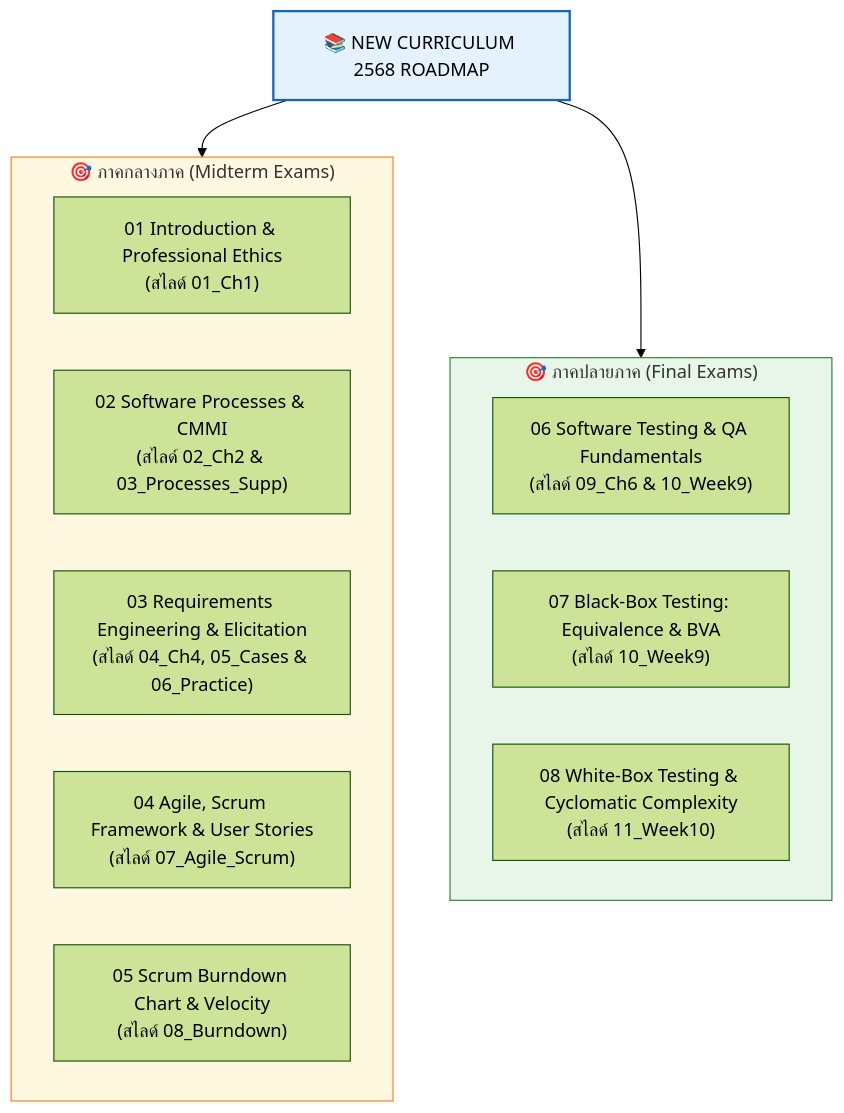
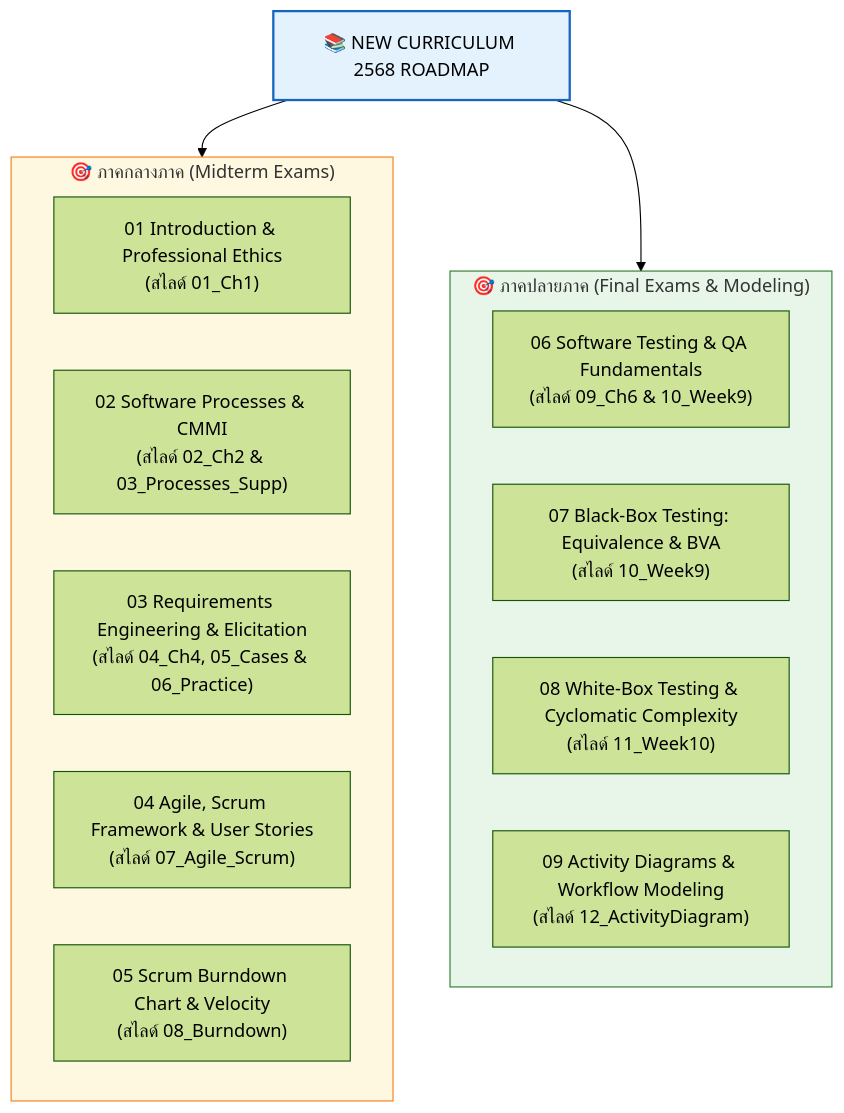
One commit to kanomoo/software-engineering changed the first of 7 diagrams in Wiki/01_New_Wiki_68/00_New_Curriculum_68_Master_Wiki.md. Above: the diagram before and after it, drawn with Mermaid (forest theme). The commit also changed other lines of this file and 21 other files, not shown here.

Commit message:
docs: add Activity Diagrams and Lab Equipment Borrowing case study, solutions, and wiki updates

````diff
--- a/Wiki/01_New_Wiki_68/00_New_Curriculum_68_Master_Wiki.md
+++ b/Wiki/01_New_Wiki_68/00_New_Curriculum_68_Master_Wiki.md
@@ -23,25 +23,26 @@
 ```mermaid
 flowchart TD
     ROOT["📚 NEW CURRICULUM 2568 ROADMAP"]
 
     subgraph MIDTERM ["🎯 ภาคกลางภาค (Midterm Exams)"]
         M1["01 Introduction & Professional Ethics<br/>(สไลด์ 01_Ch1)"]
         M2["02 Software Processes & CMMI<br/>(สไลด์ 02_Ch2 & 03_Processes_Supp)"]
         M3["03 Requirements Engineering & Elicitation<br/>(สไลด์ 04_Ch4, 05_Cases & 06_Practice)"]
         M4["04 Agile, Scrum Framework & User Stories<br/>(สไลด์ 07_Agile_Scrum)"]
         M5["05 Scrum Burndown Chart & Velocity<br/>(สไลด์ 08_Burndown)"]
     end
 
-    subgraph FINAL ["🎯 ภาคปลายภาค (Final Exams)"]
+    subgraph FINAL ["🎯 ภาคปลายภาค (Final Exams & Modeling)"]
         F1["06 Software Testing & QA Fundamentals<br/>(สไลด์ 09_Ch6 & 10_Week9)"]
         F2["07 Black-Box Testing: Equivalence & BVA<br/>(สไลด์ 10_Week9)"]
         F3["08 White-Box Testing & Cyclomatic Complexity<br/>(สไลด์ 11_Week10)"]
+        F4["09 Activity Diagrams & Workflow Modeling<br/>(สไลด์ 12_ActivityDiagram)"]
     end
 
     ROOT --> MIDTERM
     ROOT --> FINAL
 
     style ROOT fill:#e3f2fd,stroke:#1565c0,stroke-width:2px
     style MIDTERM fill:#fff8e1,stroke:#f57f17
     style FINAL fill:#e8f5e9,stroke:#2e7d32
 ```
````
